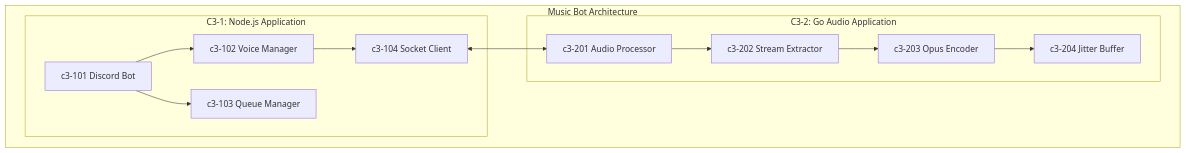
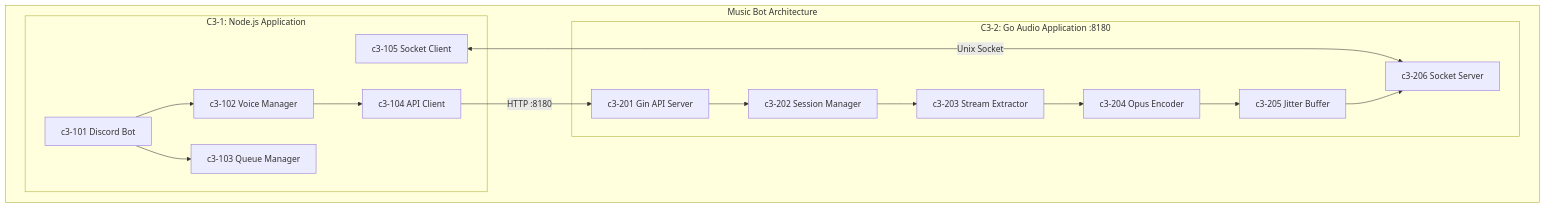
One commit to thewind121212/natashi changed the first of 5 diagrams in .claude/skills/topic-creator/SKILL.md. Above: the diagram before and after it, drawn with Mermaid. The commit also changed other lines of this file and 34 other files, not shown here.

````diff
--- a/.claude/skills/topic-creator/SKILL.md
+++ b/.claude/skills/topic-creator/SKILL.md
@@ -20,23 +20,27 @@
 ```mermaid
 flowchart TB
     subgraph System["Music Bot Architecture"]
         subgraph C3_1["C3-1: Node.js Application"]
             C101[c3-101 Discord Bot]
             C102[c3-102 Voice Manager]
             C103[c3-103 Queue Manager]
-            C104[c3-104 Socket Client]
+            C104[c3-104 API Client]
+            C105[c3-105 Socket Client]
         end
 
-        subgraph C3_2["C3-2: Go Audio Application"]
-            C201[c3-201 Audio Processor]
-            C202[c3-202 Stream Extractor]
-            C203[c3-203 Opus Encoder]
-            C204[c3-204 Jitter Buffer]
+        subgraph C3_2["C3-2: Go Audio Application :8180"]
+            C201[c3-201 Gin API Server]
+            C202[c3-202 Session Manager]
+            C203[c3-203 Stream Extractor]
+            C204[c3-204 Opus Encoder]
+            C205[c3-205 Jitter Buffer]
+            C206[c3-206 Socket Server]
         end
     end
 
     C101 --> C102 --> C104
     C101 --> C103
-    C104 <--> C201
-    C201 --> C202 --> C203 --> C204
+    C104 -->|HTTP :8180| C201
+    C105 <-->|Unix Socket| C206
+    C201 --> C202 --> C203 --> C204 --> C205 --> C206
 ```
````
